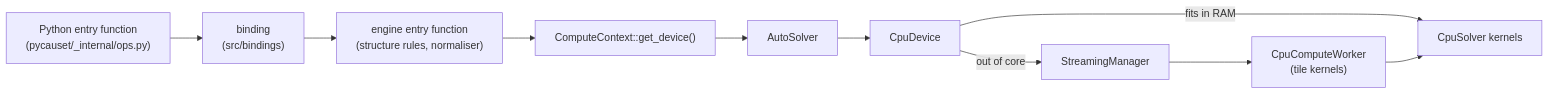
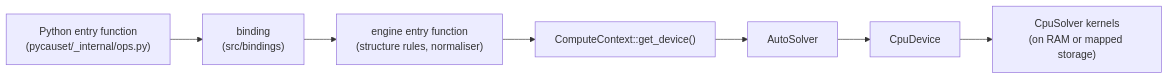
Before and after one commit to BrorH/pycauset: the diagram in documentation/internals/Compute Architecture.md, drawn with Mermaid. The commit also changed other lines of this file and 29 other files, not shown here.

First line of the commit message:
Remove the StreamingManager: out of core is the mapping (F-135); no SetFileValidData

````diff
--- a/documentation/internals/Compute Architecture.md
+++ b/documentation/internals/Compute Architecture.md
@@ -8,12 +8,9 @@
 ```mermaid
 flowchart LR
     Py["Python entry function<br/>(pycauset/_internal/ops.py)"] --> Bind["binding<br/>(src/bindings)"]
     Bind --> Entry["engine entry function<br/>(structure rules, normaliser)"]
     Entry --> Ctx["ComputeContext::get_device()"]
     Ctx --> Auto["AutoSolver"]
     Auto --> Cpu["CpuDevice"]
-    Cpu -->|"fits in RAM"| Solver["CpuSolver kernels"]
-    Cpu -->|"out of core"| SM["StreamingManager"]
-    SM --> Worker["CpuComputeWorker<br/>(tile kernels)"]
-    Worker --> Solver
+    Cpu --> Solver["CpuSolver kernels<br/>(on RAM or mapped storage)"]
 ```
````
